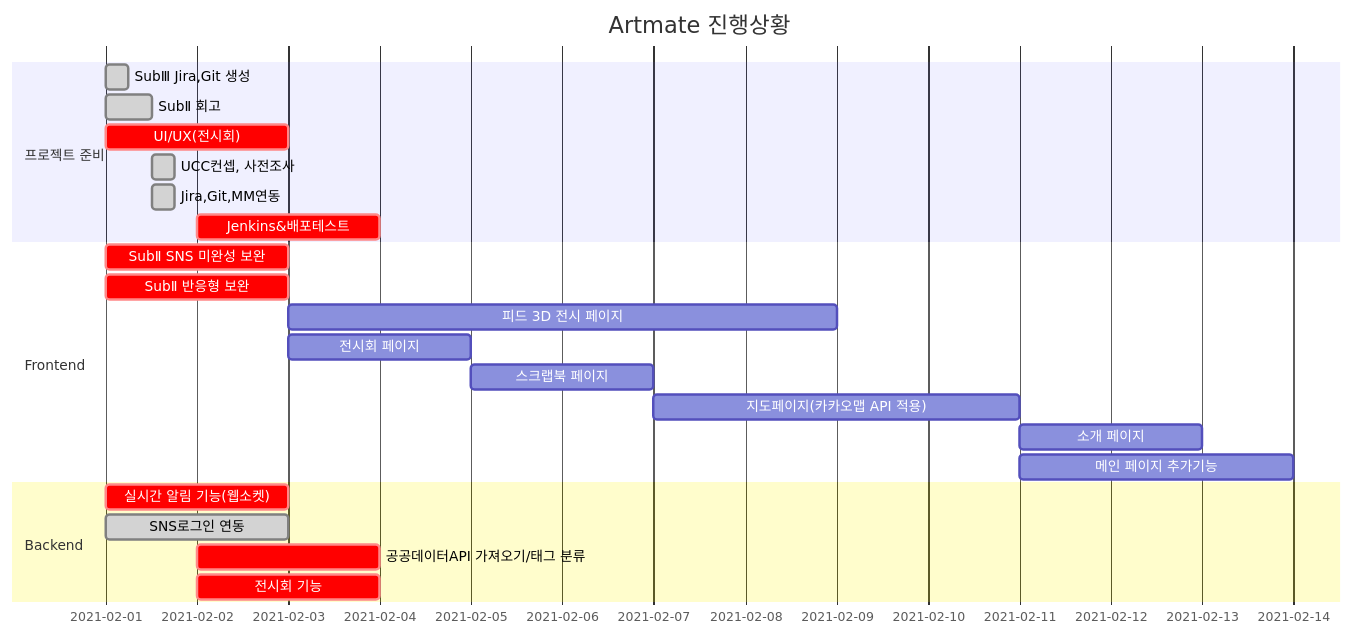
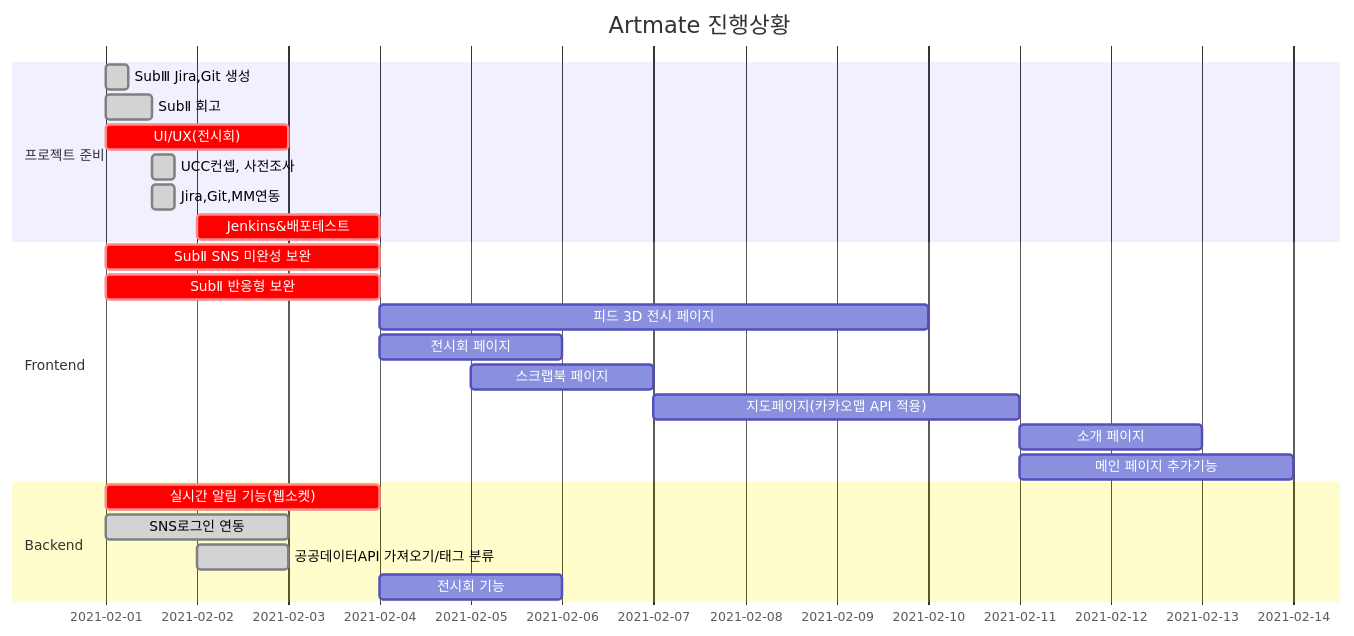
Before and after one commit to dovvn/Artmate-PJT: the diagram in README.md, drawn with Mermaid.

Commit message:
README_0203: 오전 작업상황 업데이트

````diff
--- a/README.md
+++ b/README.md
@@ -21,30 +21,30 @@
 ```mermaid  
 gantt
     title Artmate 진행상황
     dateFormat  YYYY-MM-DD
     section 프로젝트 준비
     SubⅢ Jira,Git 생성  :done, 2021-02-01, 6h
     SubⅡ 회고          :done, p2,2021-02-01, 12h
     UI/UX(전시회)   :crit,2021-02-01,2d
     UCC컨셉, 사전조사   :done,after p2,6h
     Jira,Git,MM연동   :done,after p2,6h
     Jenkins&배포테스트 :crit, 2021-02-02,2d
     
-
+    
     section Frontend
-    SubⅡ SNS 미완성 보완          :crit, 2021-02-01, 2d
-    SubⅡ 반응형 보완          :crit, 2021-02-01, 2d
-    피드 3D 전시 페이지   :,2021-02-03,6d
-    전시회 페이지   :,2021-02-03,2d
+    SubⅡ SNS 미완성 보완          :crit, 2021-02-01, 3d
+    SubⅡ 반응형 보완          :crit, 2021-02-01, 3d
+    피드 3D 전시 페이지   :,2021-02-04,6d
+    전시회 페이지   :,2021-02-04,2d
     스크랩북 페이지   :,2021-02-05,2d
     지도페이지(카카오맵 API 적용)       :2021-02-07, 4d
     소개 페이지   :,2021-02-11,2d
     메인 페이지 추가기능   :,2021-02-11,3d
     
 
     section Backend
-    실시간 알림 기능(웹소켓)          :crit, 2021-02-01, 2d
+    실시간 알림 기능(웹소켓)          :crit, 2021-02-01, 3d
     SNS로그인 연동          :done, 2021-02-01, 2d
-    공공데이터API 가져오기/태그 분류          :crit, p1, 2021-02-02, 2d
-    전시회 기능   :crit,2021-02-02,2d
+    공공데이터API 가져오기/태그 분류          :done, p1, 2021-02-02, 1d
+    전시회 기능:,2021-02-04,2d
 ```
````
